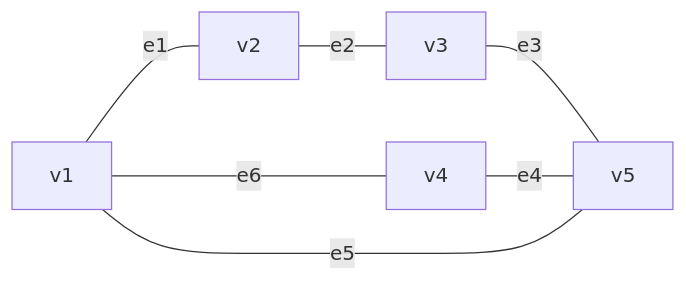
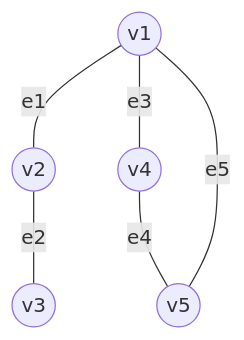
One commit to Arictronic/Testbag changed the fifth of 10 diagrams in Readme.Md. Above: the diagram before and after it, drawn with Mermaid. The commit also changed other lines of this file, not shown here.

````diff
--- a/Readme.Md
+++ b/Readme.Md
@@ -135,9 +152,16 @@
 ```mermaid
-graph LR
-v1---|e1|v2
-v2---|e2|v3
-v3---|e3|v5
-v4---|e4|v5
-v1---|e5|v5
-v1---|e6|v4
+graph TB
+v2((v2))
+v1((v1))
+v3((v3))
+v4((v4))
+v5((v5))
+
+v1 ---|e1| v2
+v2 ---|e2| v3
+
+v1 ---|e3| v4
+v4 ---|e4| v5
+
+v1 ---|e5| v5
 ```
````
